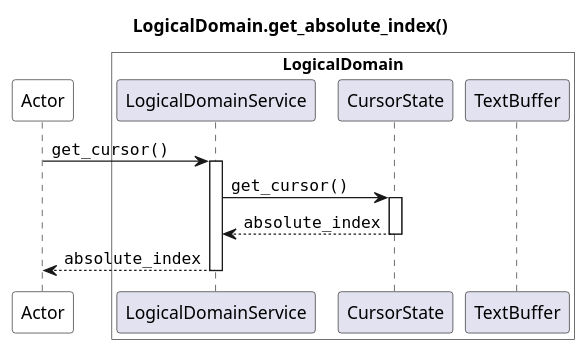
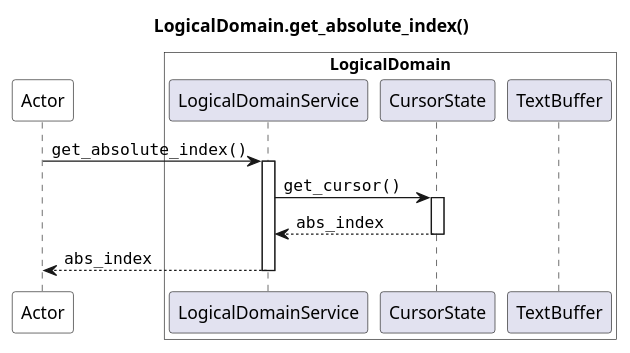
Before and after one commit to JoeRittiner/TextEngine: the diagram in docs/source/specs/architecture/diagrams/sequence/seq_get_abs_index.puml, drawn with PlantUML. The commit also changed 11 other files, not shown here.

Commit message:
doc: Cleanup diagrams and consistency

```diff
--- a/docs/source/specs/architecture/diagrams/sequence/seq_get_abs_index.puml
+++ b/docs/source/specs/architecture/diagrams/sequence/seq_get_abs_index.puml
@@ -1,19 +1,19 @@
 @startuml
 
 title LogicalDomain.get_absolute_index()
 
 participant Actor as app #white
 box "LogicalDomain" #white
     participant LogicalDomainService as LS
     participant CursorState as CS
     participant TextBuffer as TB
 end box
 
-app -> LS : ""get_cursor()""
+app -> LS : ""get_absolute_index()""
 activate LS
     LS -> CS : ""get_cursor()""
     activate CS
-        return ""absolute_index""
-    return ""absolute_index""
+        return ""abs_index""
+    return ""abs_index""
 
 @enduml
```
